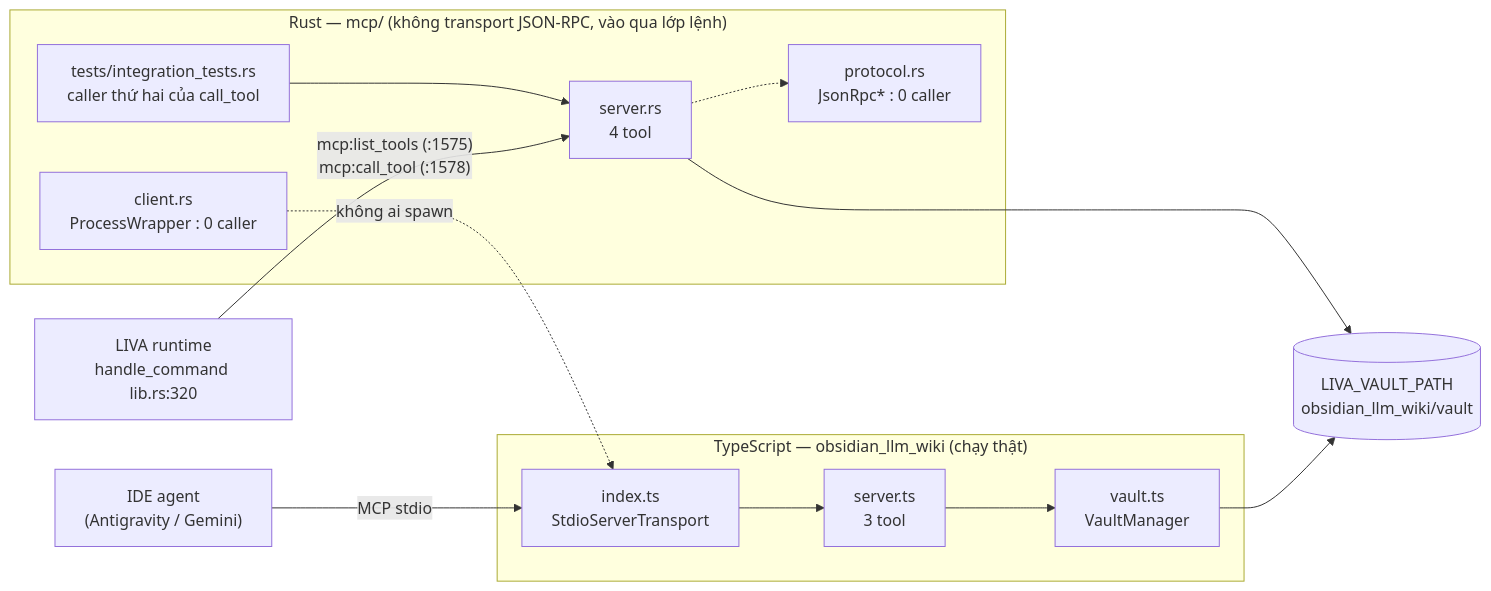
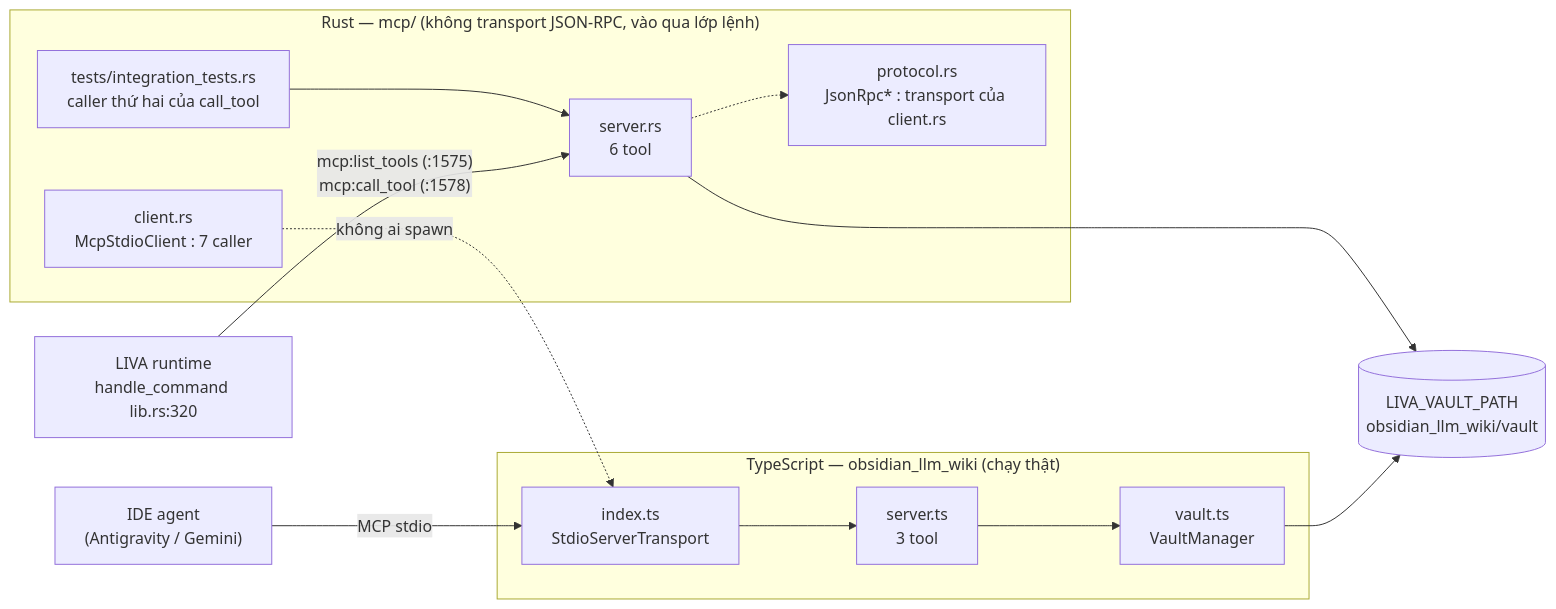
Before and after one commit to DuongNAD/LIVA: the second of 4 diagrams in docs/01-ban-ve/09-tich-hop-ngoai.md, drawn with Mermaid. The commit also changed other lines of this file and 8 other files, not shown here.

````diff
--- a/docs/01-ban-ve/09-tich-hop-ngoai.md
+++ b/docs/01-ban-ve/09-tich-hop-ngoai.md
@@ -201,26 +222,26 @@
 ```mermaid
 graph LR
     subgraph RUST["Rust — mcp/ (không transport JSON-RPC, vào qua lớp lệnh)"]
-        R1["protocol.rs<br/>JsonRpc* : 0 caller"]
-        R2["server.rs<br/>4 tool"]
-        R3["client.rs<br/>ProcessWrapper : 0 caller"]
+        R1["protocol.rs<br/>JsonRpc* : transport của client.rs"]
+        R2["server.rs<br/>6 tool"]
+        R3["client.rs<br/>McpStdioClient : 7 caller"]
         RT["tests/integration_tests.rs<br/>caller thứ hai của call_tool"]
         RT --> R2
         R2 -.-> R1
     end
 
     subgraph TS["TypeScript — obsidian_llm_wiki (chạy thật)"]
         T1["index.ts<br/>StdioServerTransport"]
         T2["server.ts<br/>3 tool"]
         T3["vault.ts<br/>VaultManager"]
         T1 --> T2 --> T3
     end
 
     IDE["IDE agent<br/>(Antigravity / Gemini)"] -->|"MCP stdio"| T1
     VAULT[("LIVA_VAULT_PATH<br/>obsidian_llm_wiki/vault")]
     R2 --> VAULT
     T3 --> VAULT
 
     LIVA["LIVA runtime<br/>handle_command lib.rs:320"] -->|"mcp:list_tools (:1575)<br/>mcp:call_tool (:1578)"| R2
     R3 -.->|"không ai spawn"| T1
 ```
````
